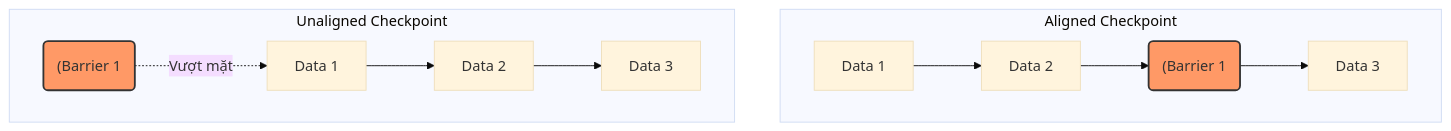
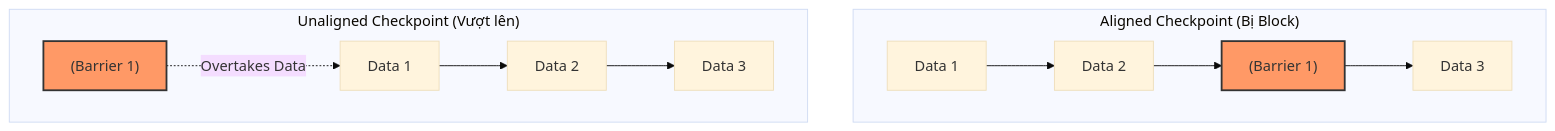
One commit to kythuatdulieu/kythuatdulieu.github.io changed the second of 2 diagrams in src/content/docs/concepts/5-stream-processing-realtime/flink-backpressure.md. Above: the diagram before and after it, drawn with Mermaid (base theme). The commit also changed other lines of this file and 228 other files, not shown here.

Commit message:
Fix syntax and rewrite 200+ concepts docs to deep-dive system architecture and add GA4 tracking to quiz app

````diff
--- a/src/content/docs/concepts/5-stream-processing-realtime/flink-backpressure.md
+++ b/src/content/docs/concepts/5-stream-processing-realtime/flink-backpressure.md
@@ -74,13 +79,15 @@
 ```mermaid
 graph TD
-    subgraph Aligned Checkpoint
-    A1["Data 1"] --> B1["Data 2"] --> C1("(Barrier 1") --> D1["Data 3"]
-    style C1 fill:#f96,stroke:#333,stroke-width:2px
+    subgraph Aligned_Checkpoint ["Aligned Checkpoint (Bị Block)"]
+        direction LR
+        A1["Data 1"] --> B1["Data 2"] --> C1["(Barrier 1)"] --> D1["Data 3"]
+        style C1 fill:#f96,stroke:#333,stroke-width:2px
     end
     
-    subgraph Unaligned Checkpoint
-    C2("(Barrier 1") -. Vượt mặt .-> A2["Data 1"]
-    A2 --> B2["Data 2"] --> D2["Data 3"]
-    style C2 fill:#f96,stroke:#333,stroke-width:2px
+    subgraph Unaligned_Checkpoint ["Unaligned Checkpoint (Vượt lên)"]
+        direction LR
+        C2["(Barrier 1)"] -.->|"Overtakes Data"| A2["Data 1"]
+        A2 --> B2["Data 2"] --> D2["Data 3"]
+        style C2 fill:#f96,stroke:#333,stroke-width:2px
     end
 ```
````
